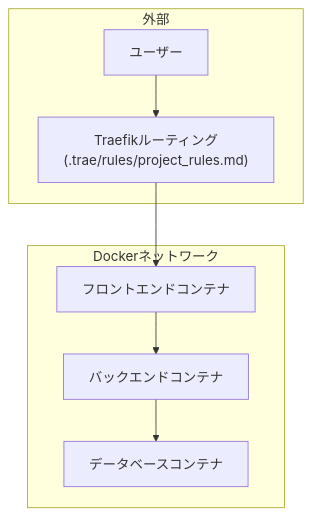
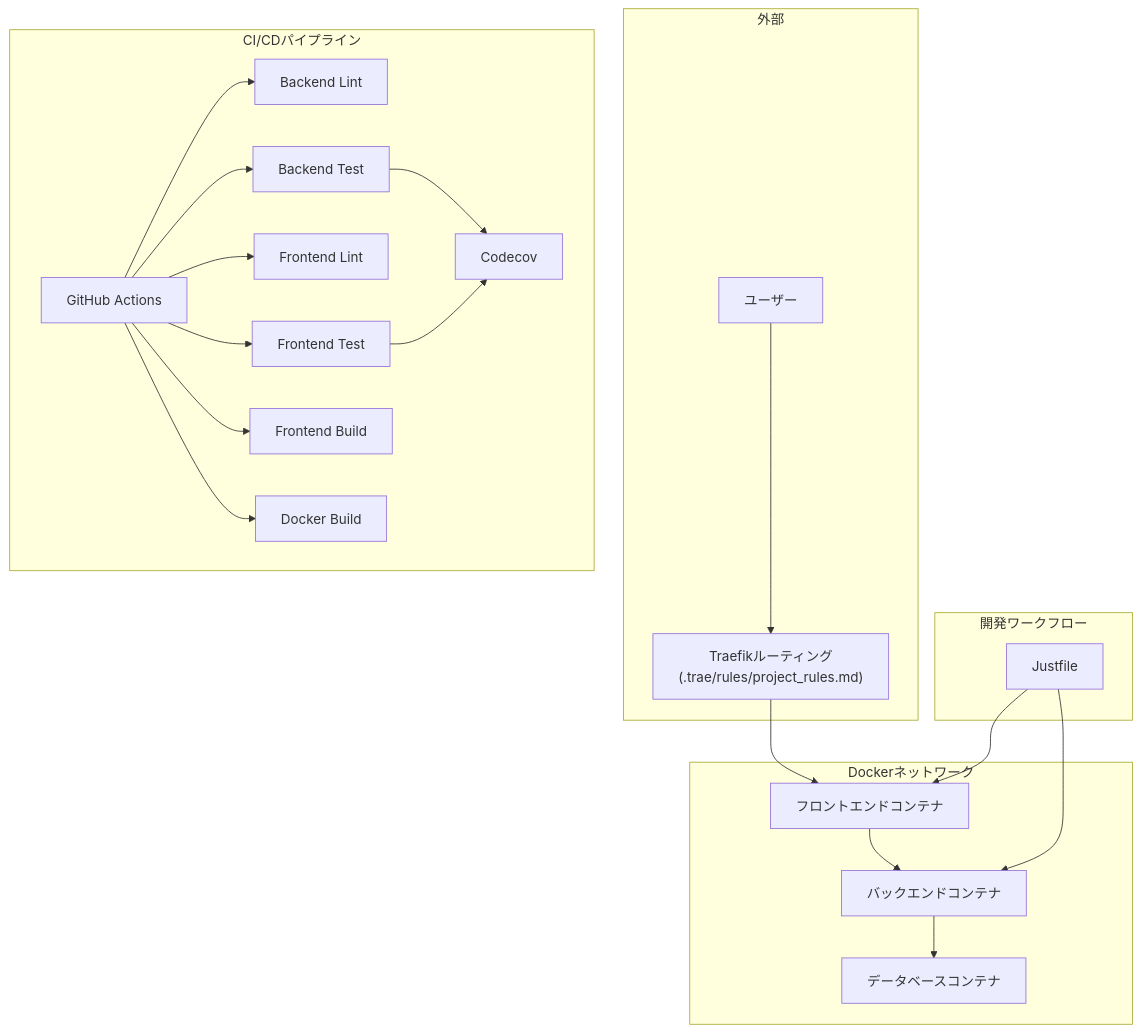
One commit to ss8806/Todos changed the second of 8 diagrams in .qoder/repowiki/ja/content/アーキテクチャ/インフラアーキテクチャ.md. Above: the diagram before and after it, drawn with Mermaid. The commit also changed other lines of this file and 17 other files, not shown here.

````diff
--- a/.qoder/repowiki/ja/content/アーキテクチャ/インフラアーキテクチャ.md
+++ b/.qoder/repowiki/ja/content/アーキテクチャ/インフラアーキテクチャ.md
@@ -158,16 +212,39 @@
 ```mermaid
 graph TB
 subgraph "外部"
 U["ユーザー"]
 TR["Traefikルーティング(.trae/rules/project_rules.md)"]
 end
 subgraph "Dockerネットワーク"
 FE["フロントエンドコンテナ"]
 BE["バックエンドコンテナ"]
 DB["データベースコンテナ"]
 end
+subgraph "開発ワークフロー"
+JF["Justfile"]
+end
+subgraph "CI/CDパイプライン"
+GH["GitHub Actions"]
+BL["Backend Lint"]
+BT["Backend Test"]
+FL["Frontend Lint"]
+FT["Frontend Test"]
+FB["Frontend Build"]
+DBI["Docker Build"]
+CV["Codecov"]
+end
 U --> TR
 TR --> FE
 FE --> BE
 BE --> DB
+JF --> FE
+JF --> BE
+GH --> BL
+GH --> BT
+GH --> FL
+GH --> FT
+GH --> FB
+GH --> DBI
+BT --> CV
+FT --> CV
 ```
````
